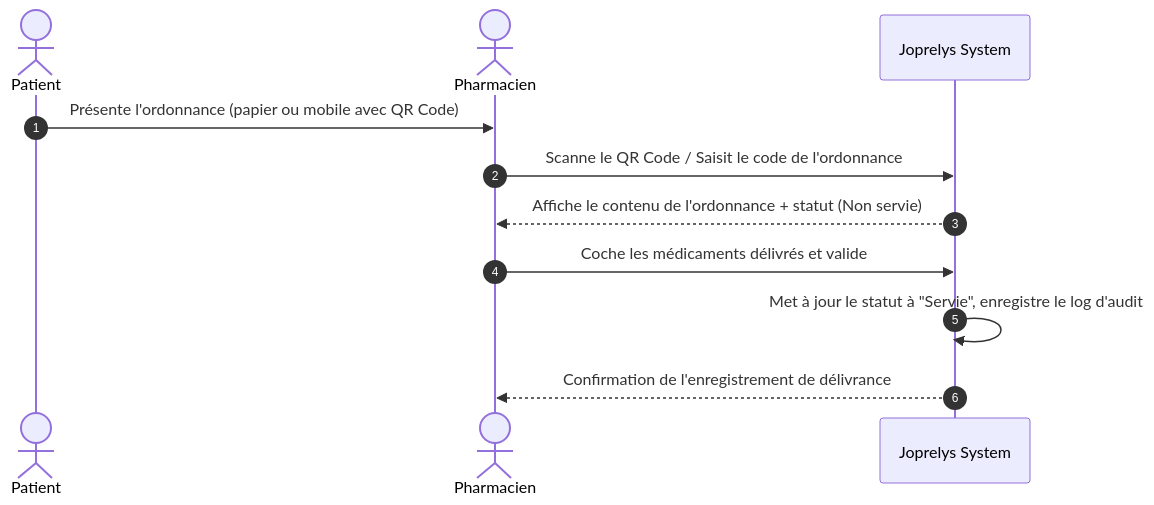
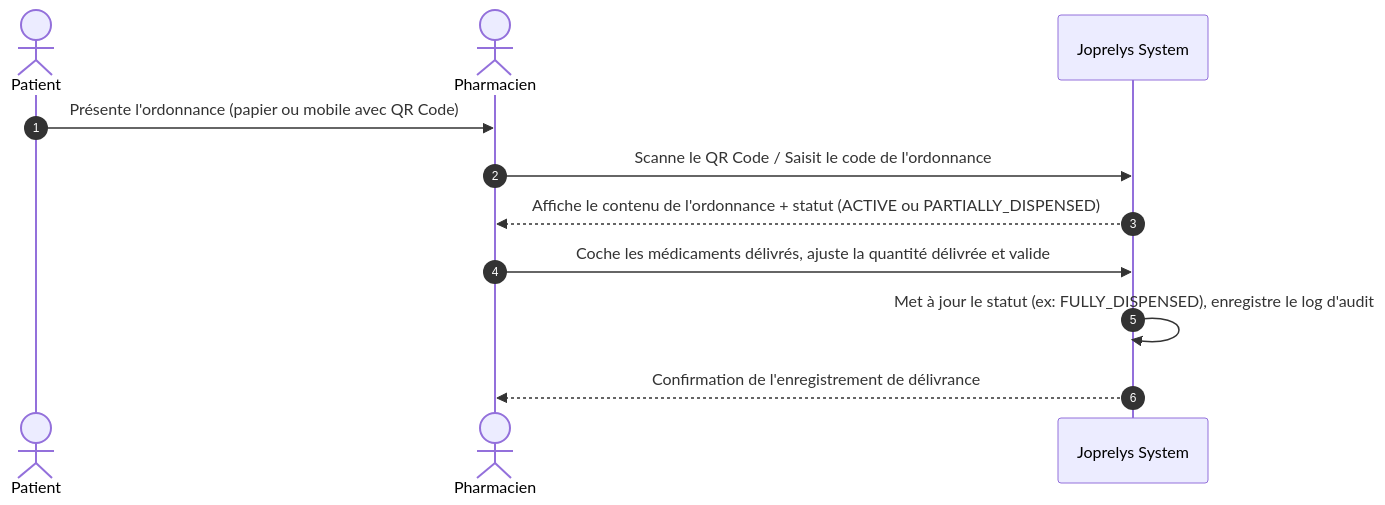
One commit to fomekong-jocelin/joprelys-connect changed the diagram in docs/features/pharmacy-dispensation/FUNCTIONAL-SPEC.md. Above: the diagram before and after it, drawn with Mermaid. The commit also changed other lines of this file and 4 other files, not shown here.

````diff
--- a/docs/features/pharmacy-dispensation/FUNCTIONAL-SPEC.md
+++ b/docs/features/pharmacy-dispensation/FUNCTIONAL-SPEC.md
@@ -40,14 +53,14 @@
 ```mermaid
 sequenceDiagram
     autonumber
     actor P as Patient
     actor Ph as Pharmacien
     participant S as Joprelys System
     
     P->>Ph: Présente l'ordonnance (papier ou mobile avec QR Code)
     Ph->>S: Scanne le QR Code / Saisit le code de l'ordonnance
-    S-->>Ph: Affiche le contenu de l'ordonnance + statut (Non servie)
-    Ph->>S: Coche les médicaments délivrés et valide
-    S->>S: Met à jour le statut à "Servie", enregistre le log d'audit
+    S-->>Ph: Affiche le contenu de l'ordonnance + statut (ACTIVE ou PARTIALLY_DISPENSED)
+    Ph->>S: Coche les médicaments délivrés, ajuste la quantité délivrée et valide
+    S->>S: Met à jour le statut (ex: FULLY_DISPENSED), enregistre le log d'audit
     S-->>Ph: Confirmation de l'enregistrement de délivrance
 ```
````
